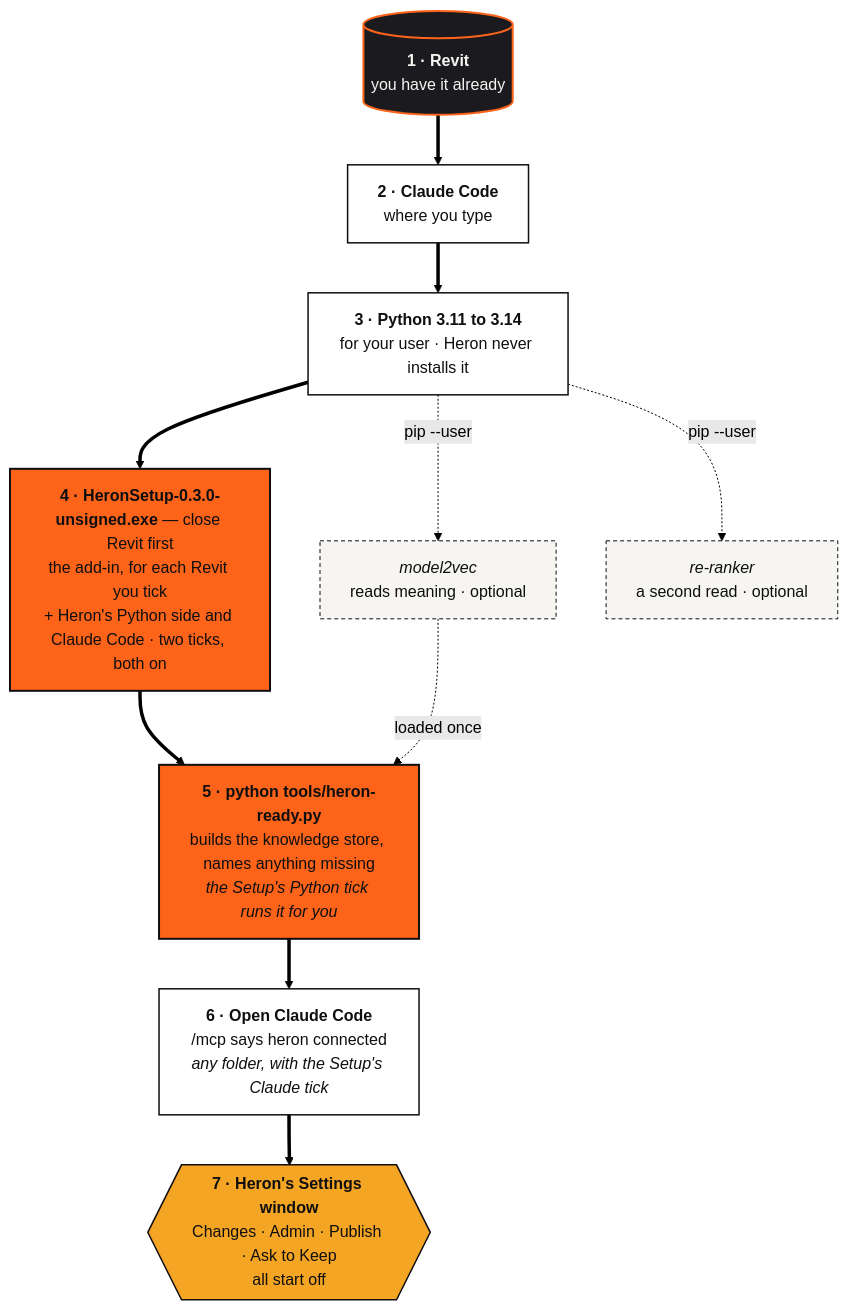
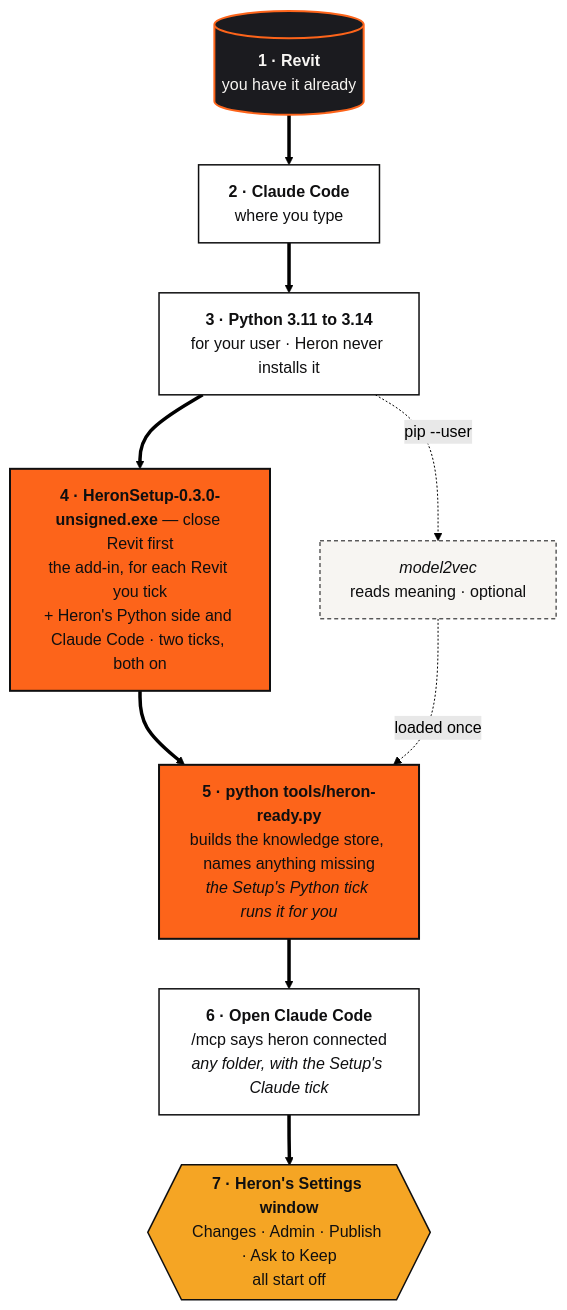
One commit to Ajmalpshaik/Heron-AI changed the first of 2 diagrams in docs/WHAT-TO-INSTALL.md. Above: the diagram before and after it, drawn with Mermaid (forest theme). The commit also changed other lines of this file and 24 other files, not shown here.

First line of the commit message:
D-201: the re-ranker is removed, model2vec stays optional - docs and record

````diff
--- a/docs/WHAT-TO-INSTALL.md
+++ b/docs/WHAT-TO-INSTALL.md
@@ -46,28 +46,26 @@
 ```mermaid
 flowchart TD
     RV[("<b>1 · Revit</b><br/>you have it already")]
     CC["<b>2 · Claude Code</b><br/>where you type"]
     PY["<b>3 · Python 3.11 to 3.14</b><br/>for your user · Heron never installs it"]
     HI["<b>4 · HeronSetup-0.3.0-unsigned.exe</b> — close Revit first<br/>the add-in, for each Revit you tick<br/>+ Heron's Python side and Claude Code · two ticks, both on"]
     HR["<b>5 · python tools/heron-ready.py</b><br/>builds the knowledge store, names anything missing<br/><i>the Setup's Python tick runs it for you</i>"]
     MC["<b>6 · Open Claude Code</b><br/>/mcp says heron connected<br/><i>any folder, with the Setup's Claude tick</i>"]
     SW{{"<b>7 · Heron's Settings window</b><br/>Changes · Admin · Publish · Ask to Keep<br/>all start off"}}
     M2["<i>model2vec</i><br/>reads meaning · optional"]
-    RR["<i>re-ranker</i><br/>a second read · optional"]
 
     RV ==> CC ==> PY ==> HI ==> HR ==> MC ==> SW
     PY -.->|pip --user| M2
-    PY -.->|pip --user| RR
     M2 -.->|loaded once| HR
 
     classDef host fill:#FFFFFF,stroke:#0F0F10,stroke-width:1.5px,color:#0F0F10
     classDef heron fill:#FD641A,stroke:#0F0F10,stroke-width:2px,color:#0F0F10
     classDef guard fill:#F5A524,stroke:#0F0F10,stroke-width:1.5px,color:#0F0F10
     classDef quiet fill:#F7F5F2,stroke:#0F0F10,stroke-width:1px,color:#0F0F10,stroke-dasharray:4 3
     classDef revit fill:#1B1B1F,stroke:#FD641A,stroke-width:2px,color:#F7F5F2
     class RV revit
     class CC,PY,MC host
     class HI,HR heron
     class SW guard
-    class M2,RR quiet
+    class M2 quiet
 ```
````
